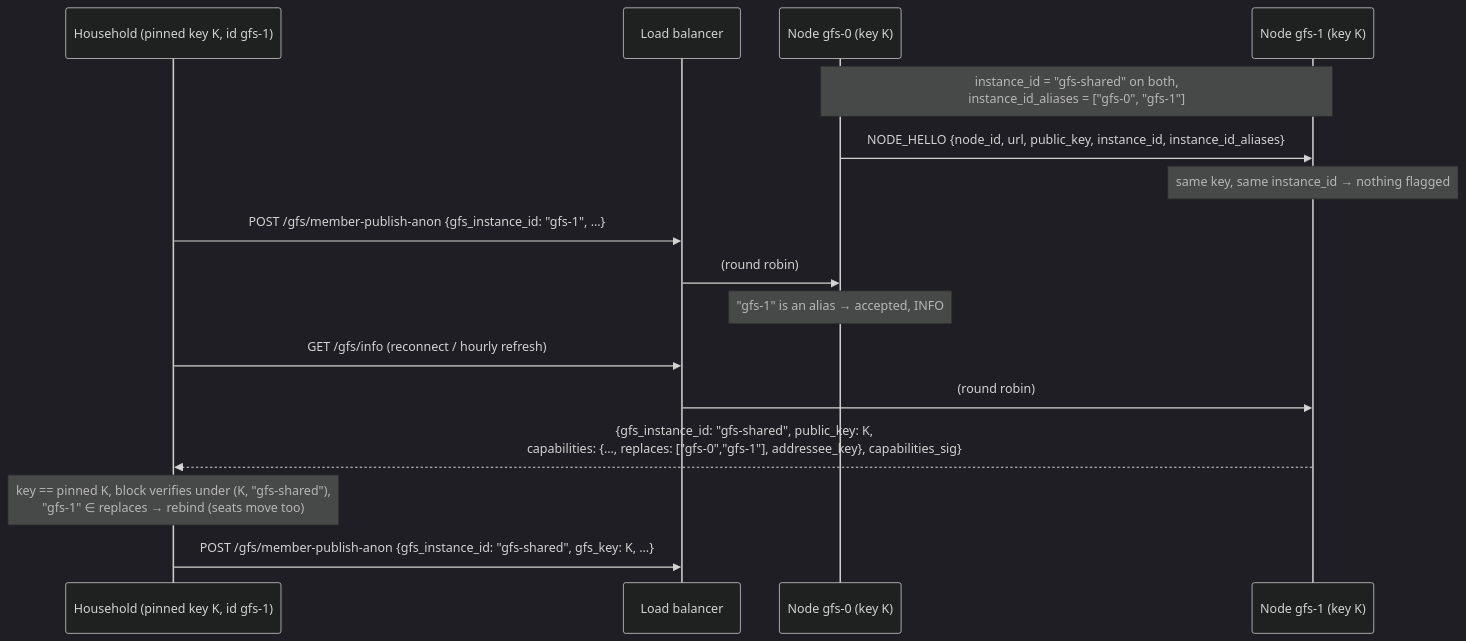
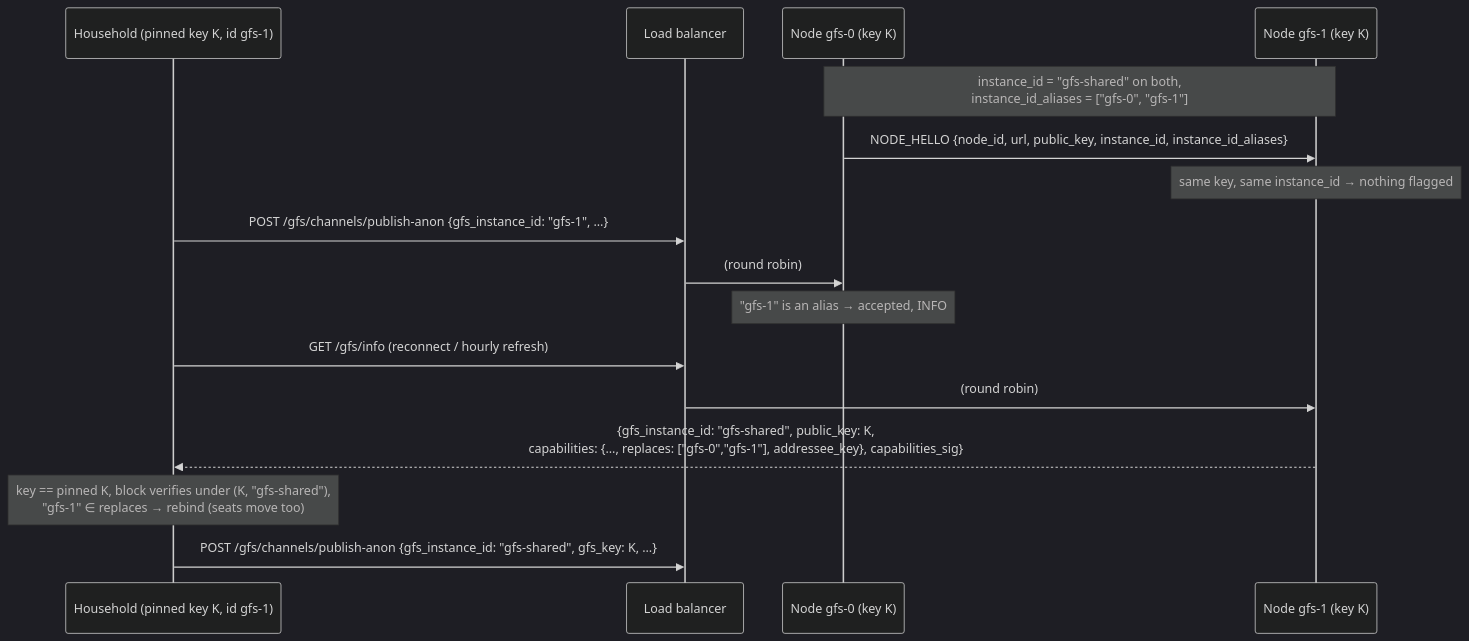
One commit to social-home-io/socialhome changed the first of 10 diagrams in docs/protocol/discovery.md. Above: the diagram before and after it, drawn with Mermaid (dark theme). The commit also changed other lines of this file and 447 other files, not shown here.

````diff
--- a/docs/protocol/discovery.md
+++ b/docs/protocol/discovery.md
@@ -651,18 +557,18 @@
 ```mermaid
 sequenceDiagram
     participant H as Household (pinned key K, id gfs-1)
     participant LB as Load balancer
     participant N0 as Node gfs-0 (key K)
     participant N1 as Node gfs-1 (key K)
     Note over N0,N1: instance_id = "gfs-shared" on both,<br/>instance_id_aliases = ["gfs-0", "gfs-1"]
     N0->>N1: NODE_HELLO {node_id, url, public_key, instance_id, instance_id_aliases}
     Note over N1: same key, same instance_id → nothing flagged
-    H->>LB: POST /gfs/member-publish-anon {gfs_instance_id: "gfs-1", …}
+    H->>LB: POST /gfs/channels/publish-anon {gfs_instance_id: "gfs-1", …}
     LB->>N0: (round robin)
     Note over N0: "gfs-1" is an alias → accepted, INFO
     H->>LB: GET /gfs/info (reconnect / hourly refresh)
     LB->>N1: (round robin)
     N1-->>H: {gfs_instance_id: "gfs-shared", public_key: K,<br/>capabilities: {…, replaces: ["gfs-0","gfs-1"], addressee_key}, capabilities_sig}
     Note over H: key == pinned K, block verifies under (K, "gfs-shared"),<br/>"gfs-1" ∈ replaces → rebind (seats move too)
-    H->>LB: POST /gfs/member-publish-anon {gfs_instance_id: "gfs-shared", gfs_key: K, …}
+    H->>LB: POST /gfs/channels/publish-anon {gfs_instance_id: "gfs-shared", gfs_key: K, …}
 ```
````
